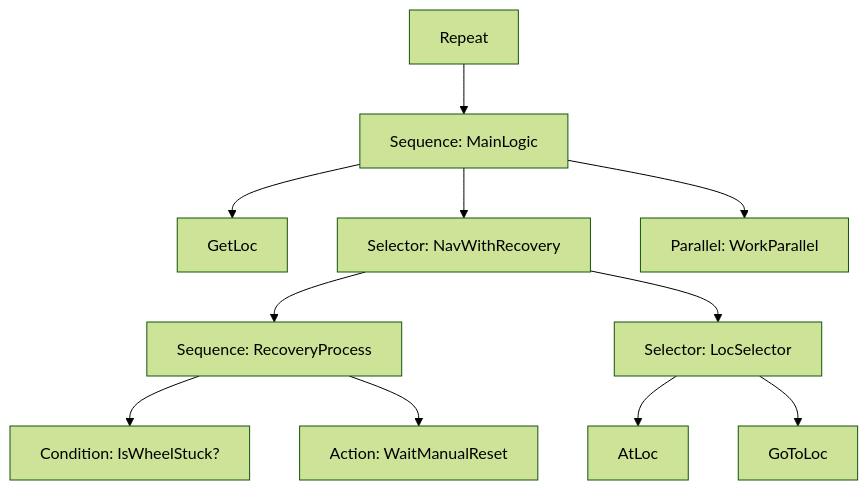
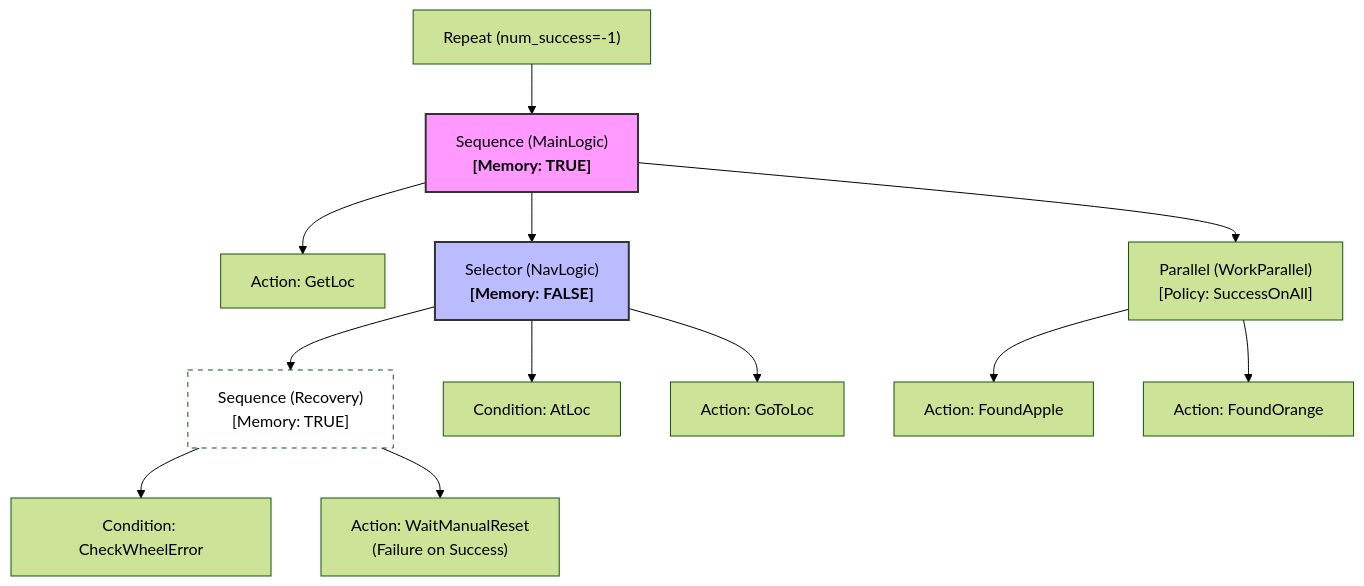
One commit to wumin199/wm-cpp-case changed the diagram in src/behavior_tree/case2_mobile_robot/readme.md. Above: the diagram before and after it, drawn with Mermaid (forest theme). The commit also changed other lines of this file and 2 other files, not shown here.

````diff
--- a/src/behavior_tree/case2_mobile_robot/readme.md
+++ b/src/behavior_tree/case2_mobile_robot/readme.md
@@ -124,16 +124,30 @@
 ```mermaid
 graph TD
-    Root[Repeat] --> MainSeq[Sequence: MainLogic]
-    MainSeq --> GetLoc[GetLoc]
-    MainSeq --> NavSelector[Selector: NavWithRecovery]
+    Root["Repeat (num_success=-1)"] --> MainSeq
     
-    NavSelector --> RecoverySeq[Sequence: RecoveryProcess]
-    RecoverySeq --> CheckError[Condition: IsWheelStuck?]
-    RecoverySeq --> WaitReset[Action: WaitManualReset]
+    %% MainLogic: 记忆型序列
+    MainSeq["Sequence (MainLogic) <br/><b>[Memory: TRUE]</b>"]
     
-    NavSelector --> LocSelector[Selector: LocSelector]
-    LocSelector --> AtLoc[AtLoc]
-    LocSelector --> GoToLoc[GoToLoc]
+    MainSeq --> GetLoc["Action: GetLoc"]
     
-    MainSeq --> Work[Parallel: WorkParallel]
+    %% NavLogic: 反应型选择器
+    MainSeq --> NavLogic["Selector (NavLogic) <br/><b>[Memory: FALSE]</b>"]
+    
+    %% 分支 1: 故障恢复
+    NavLogic --> RecoverySeq["Sequence (Recovery) <br/>[Memory: TRUE]"]
+    RecoverySeq --> CheckError["Condition: CheckWheelError"]
+    RecoverySeq --> WaitReset["Action: WaitManualReset <br/>(Failure on Success)"]
+    
+    %% 分支 2 & 3
+    NavLogic --> AtLoc["Condition: AtLoc"]
+    NavLogic --> GoToLoc["Action: GoToLoc"]
+    
+    %% 业务逻辑
+    MainSeq --> Work["Parallel (WorkParallel) <br/>[Policy: SuccessOnAll]"]
+    Work --> Apple["Action: FoundApple"]
+    Work --> Orange["Action: FoundOrange"]
+
+    style MainSeq fill:#f9f,stroke:#333,stroke-width:2px
+    style NavLogic fill:#bbf,stroke:#333,stroke-width:2px
+    style RecoverySeq fill:#fff,stroke-dasharray: 5 5
 ```
````
